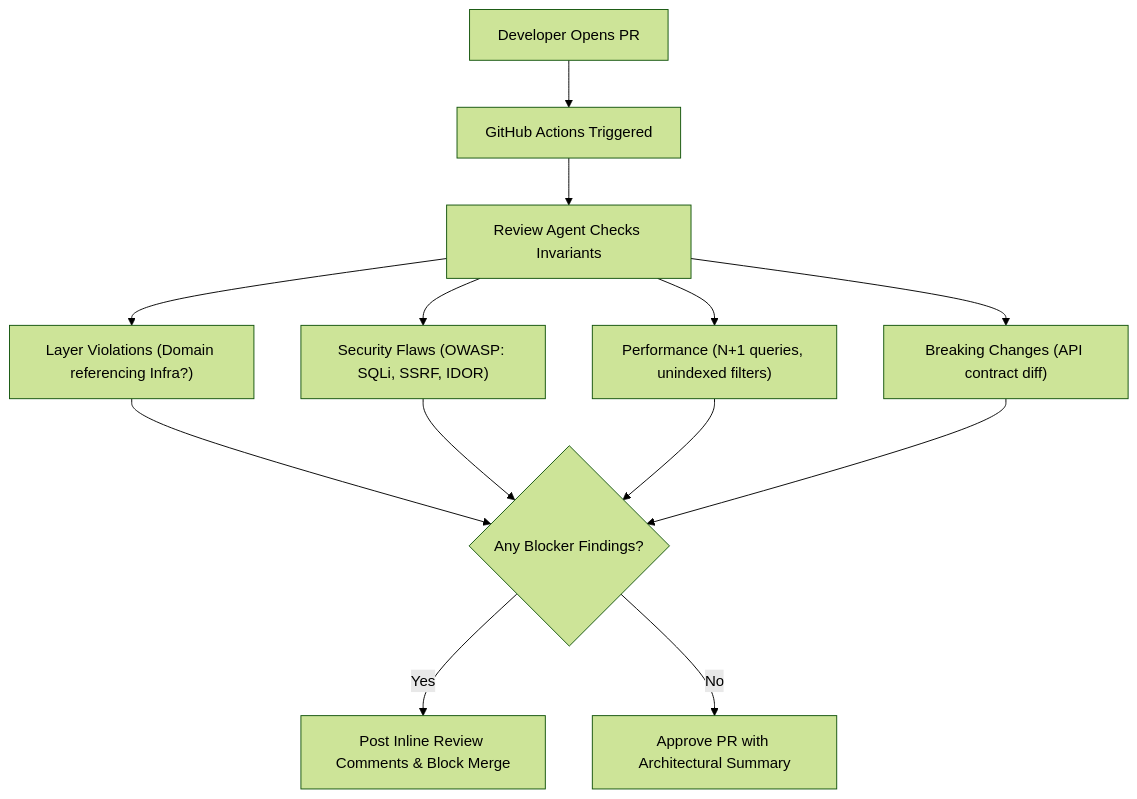
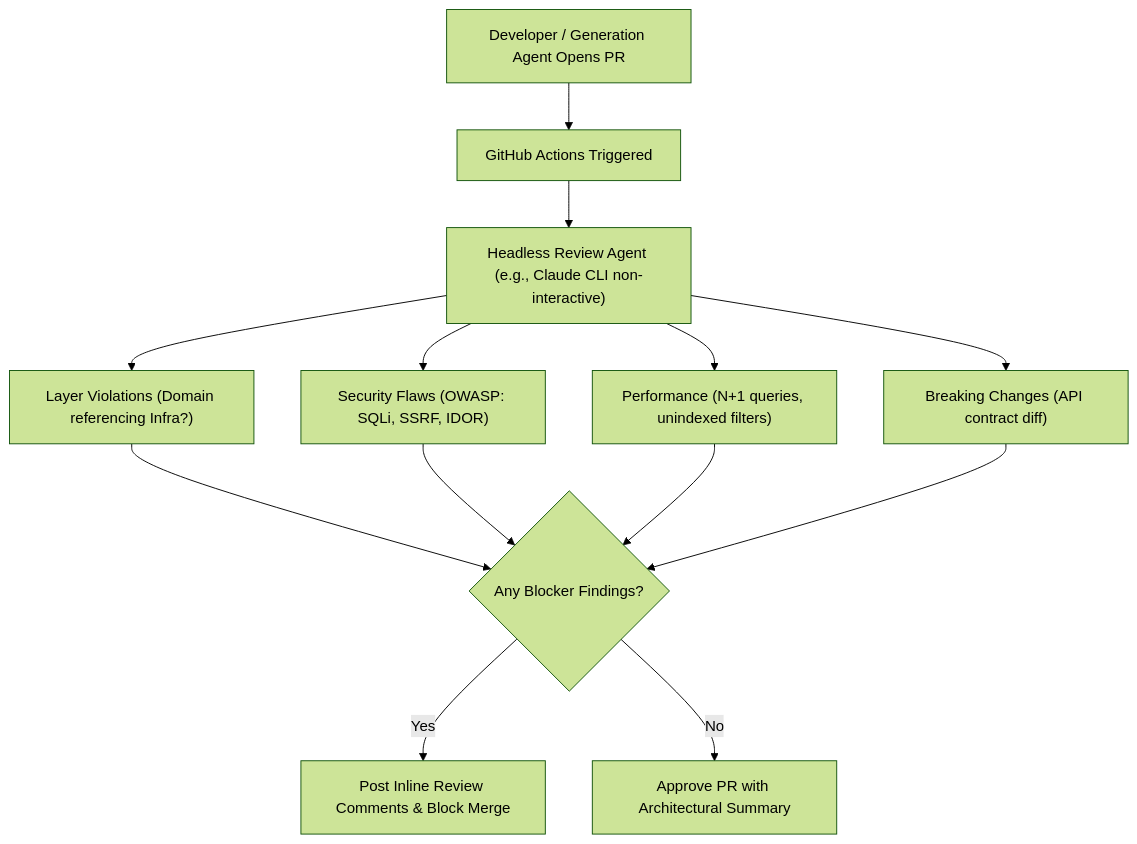
Before and after one commit to dip4k/senior-engineer-to-ai-engineer-roadmap: the eighth of 23 diagrams in 08-ai-augmented-sdlc-and-leadership/README.md, drawn with Mermaid (forest theme). The commit also changed other lines of this file and 9 other files, not shown here.

````diff
--- a/08-ai-augmented-sdlc-and-leadership/README.md
+++ b/08-ai-augmented-sdlc-and-leadership/README.md
@@ -567,12 +569,12 @@
 ```mermaid
 flowchart TD
-    A["Developer Opens PR"] --> B["GitHub Actions Triggered"]
-    B --> C["Review Agent Checks Invariants"]
+    A["Developer / Generation Agent Opens PR"] --> B["GitHub Actions Triggered"]
+    B --> C["Headless Review Agent (e.g., Claude CLI non-interactive)"]
     C --> D1["Layer Violations (Domain referencing Infra?)"]
     C --> D2["Security Flaws (OWASP: SQLi, SSRF, IDOR)"]
     C --> D3["Performance (N+1 queries, unindexed filters)"]
     C --> D4["Breaking Changes (API contract diff)"]
     D1 & D2 & D3 & D4 --> E{"Any Blocker Findings?"}
     E -->|"Yes"| F["Post Inline Review Comments & Block Merge"]
     E -->|"No"| G["Approve PR with Architectural Summary"]
 ```
````
